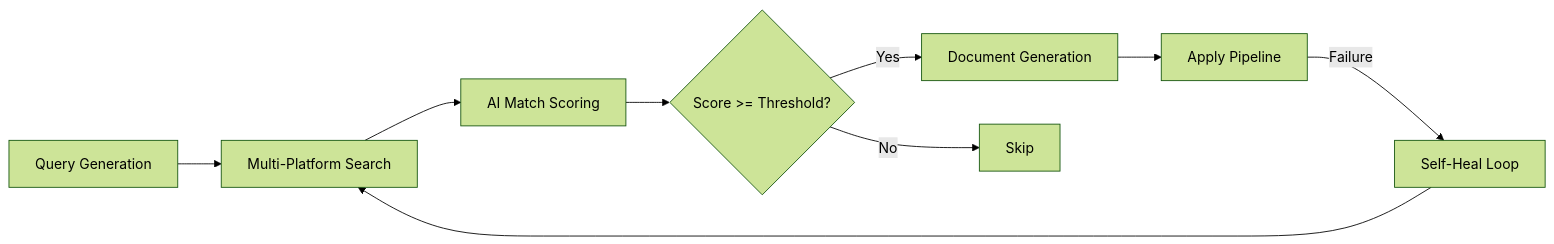
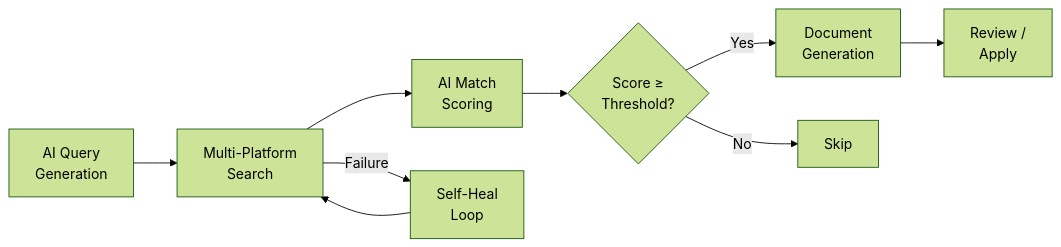
Before and after one commit to web3ToolBoxDev/toolBoxClient: the second of 3 diagrams in README.md, drawn with Mermaid (forest theme). The commit also changed other lines of this file, not shown here.

First line of the commit message:
docs: rewrite README as platform architecture — agents connect via protocol

````diff
--- a/README.md
+++ b/README.md
@@ -42,11 +72,11 @@
 ```mermaid
 flowchart LR
-    A[Query Generation] --> B[Multi-Platform Search]
-    B --> C[AI Match Scoring]
-    C --> D{Score >= Threshold?}
-    D -->|Yes| E[Document Generation]
+    A[AI Query<br/>Generation] --> B[Multi-Platform<br/>Search]
+    B --> C[AI Match<br/>Scoring]
+    C --> D{Score ≥<br/>Threshold?}
+    D -->|Yes| E[Document<br/>Generation]
     D -->|No| F[Skip]
-    E --> G[Apply Pipeline]
-    G -->|Failure| H[Self-Heal Loop]
+    E --> G[Review /<br/>Apply]
+    B -->|Failure| H[Self-Heal<br/>Loop]
     H --> B
 ```
````
